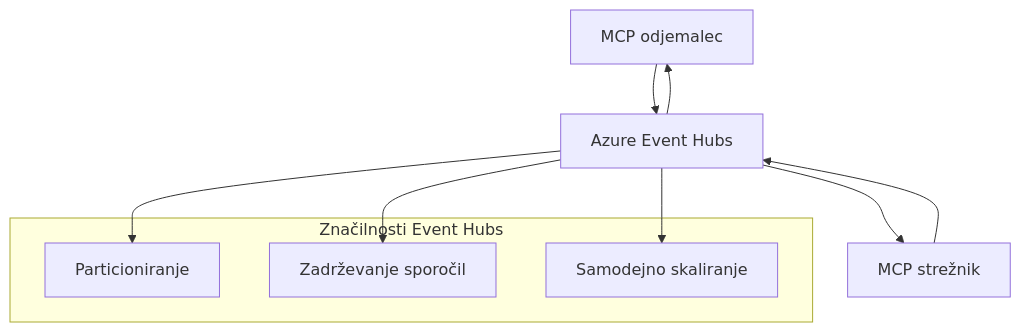
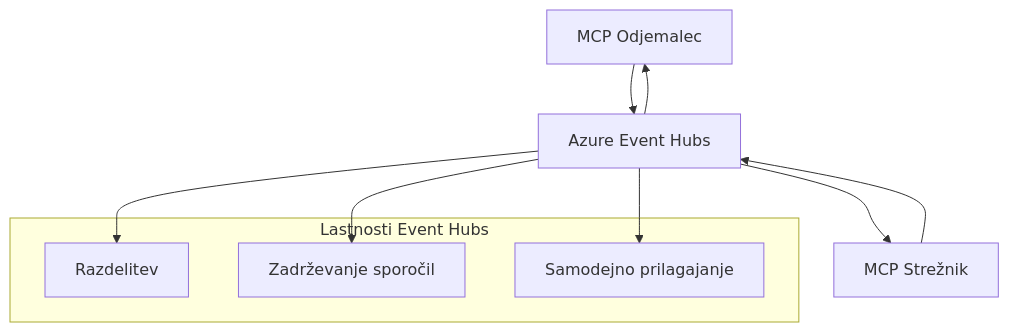
Before and after one commit to HIDORAKAI002/ai-workspace-archive: the second of 2 diagrams in mcp_ecosystem__model_context_protocol/mcp_learning_resources/mcp-for-beginners/translations/sl/05-AdvancedTopics/mcp-transport/README.md, drawn with Mermaid. The commit also changed other lines of this file and 1539 other files, not shown here.

````diff
--- a/mcp_ecosystem__model_context_protocol/mcp_learning_resources/mcp-for-beginners/translations/sl/05-AdvancedTopics/mcp-transport/README.md
+++ b/mcp_ecosystem__model_context_protocol/mcp_learning_resources/mcp-for-beginners/translations/sl/05-AdvancedTopics/mcp-transport/README.md
@@ -269,17 +270,17 @@
 ```mermaid
 graph TB
-    Client[MCP odjemalec] --> EH[Azure Event Hubs]
-    EH --> Server[MCP strežnik]
+    Client[MCP Odjemalec] --> EH[Azure Event Hubs]
+    EH --> Server[MCP Strežnik]
     Server --> EH
     EH --> Client
     
-    subgraph "Značilnosti Event Hubs"
-        Partition[Particioniranje]
+    subgraph "Lastnosti Event Hubs"
+        Partition[Razdelitev]
         Retention[Zadrževanje sporočil]
-        Scaling[Samodejno skaliranje]
+        Scaling[Samodejno prilagajanje]
     end
     
     EH --> Partition
     EH --> Retention
     EH --> Scaling
 ```
````
